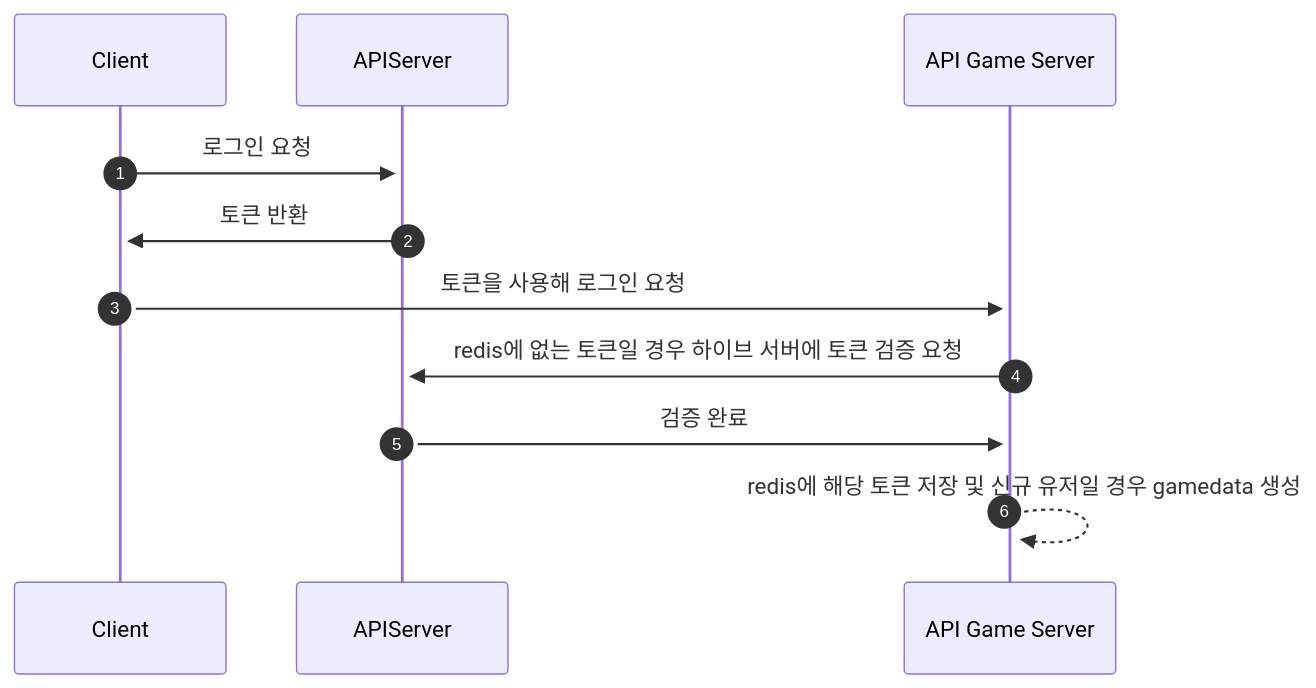
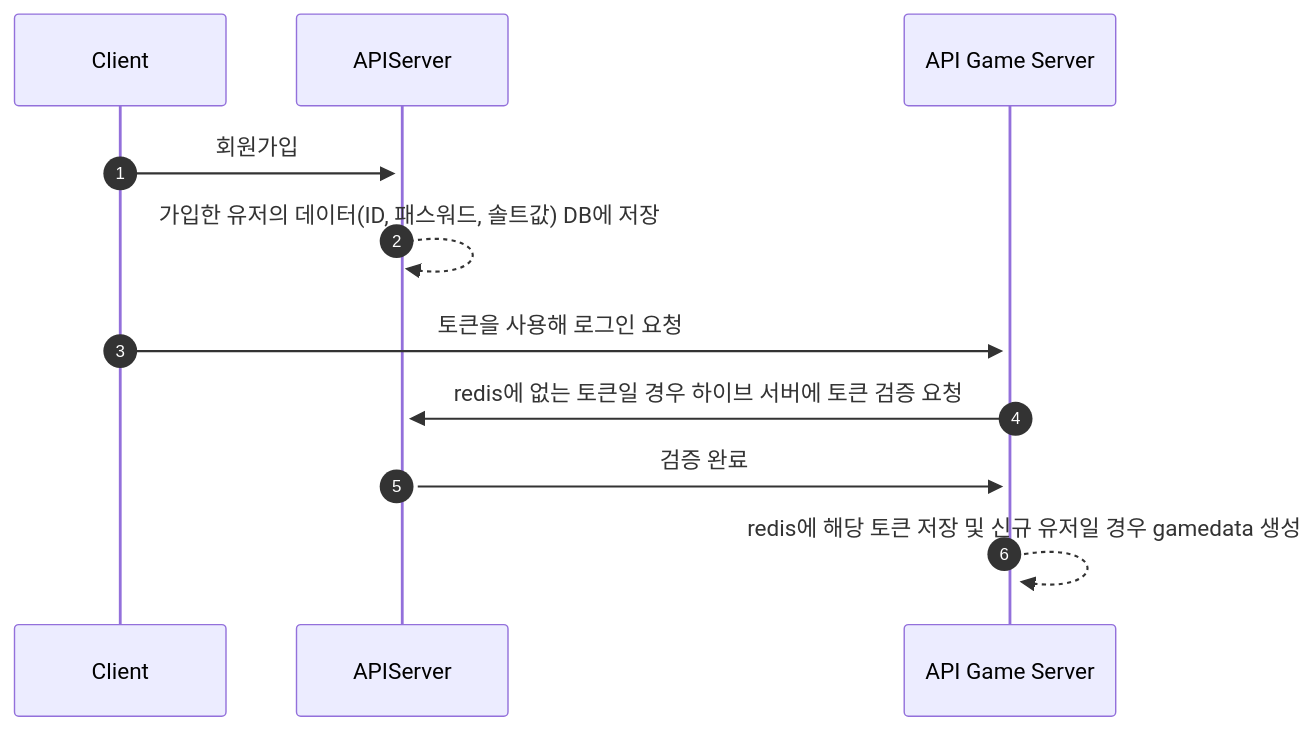
Before and after one commit to KMH8359/ServerCampus_APIServer: the diagram in SequenceDiagram.md, drawn with Mermaid.

````diff
--- a/SequenceDiagram.md
+++ b/SequenceDiagram.md
@@ -1,16 +1,16 @@
 ```mermaid
   sequenceDiagram
     participant client as Client
     participant apiserver as APIServer
     participant apigameserver as API Game Server
     
     autonumber
     
-    client ->>+ apiserver: 로그인 요청
-    apiserver ->>+ client: 토큰 반환
+    client ->>+ apiserver: 회원가입
+    apiserver -->> apiserver: 가입한 유저의 데이터(ID, 패스워드, 솔트값) DB에 저장
     client ->>+ apigameserver: 토큰을 사용해 로그인 요청
     apigameserver ->> apiserver: redis에 없는 토큰일 경우 하이브 서버에 토큰 검증 요청
     apiserver ->>+ apigameserver: 검증 완료
     apigameserver -->> apigameserver: redis에 해당 토큰 저장 및 신규 유저일 경우 gamedata 생성
 
 ```
````
